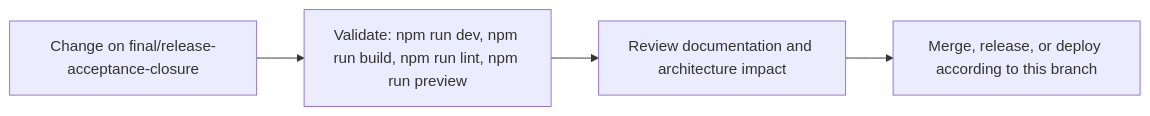
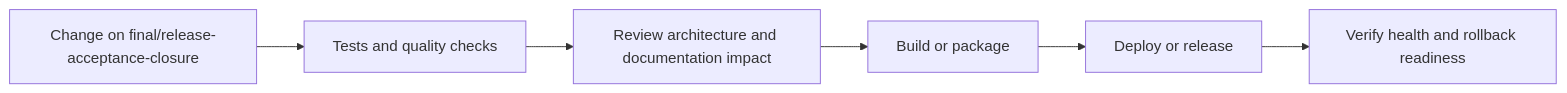
One commit to Nischhalsubba/Reeja-Maharjan-Website-2026 changed the fourth of 5 diagrams in README.md. Above: the diagram before and after it, drawn with Mermaid. The commit also changed other lines of this file, not shown here.

````diff
--- a/README.md
+++ b/README.md
@@ -81,8 +161,8 @@
 ```mermaid
 flowchart LR
-    CHANGE["Change on final/release-acceptance-closure"]
-    CHECK["Validate: npm run dev, npm run build, npm run lint, npm run preview"]
-    REVIEW["Review documentation and architecture impact"]
-    RELEASE["Merge, release, or deploy according to this branch"]
-    CHANGE --> CHECK --> REVIEW --> RELEASE
+    CHANGE["Change on final/release-acceptance-closure"] --> CHECK["Tests and quality checks"]
+    CHECK --> REVIEW["Review architecture and documentation impact"]
+    REVIEW --> BUILD["Build or package"]
+    BUILD --> DEPLOY["Deploy or release"]
+    DEPLOY --> VERIFY["Verify health and rollback readiness"]
 ```
````
